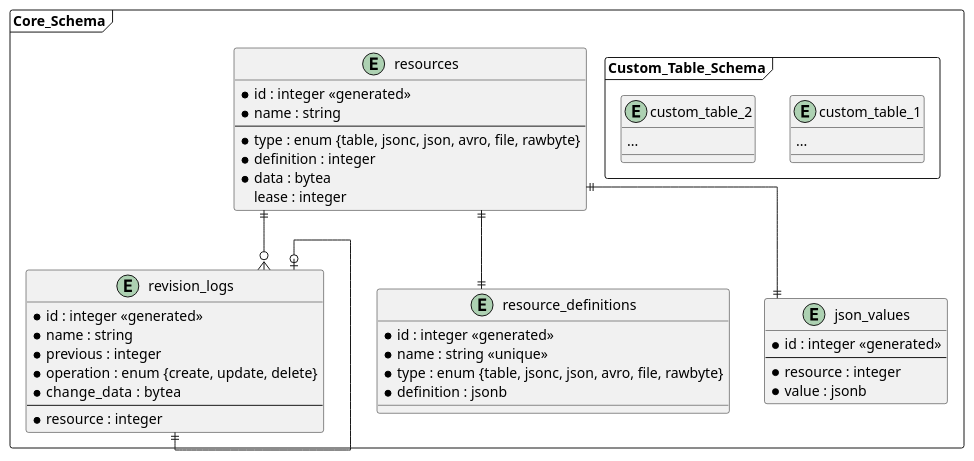
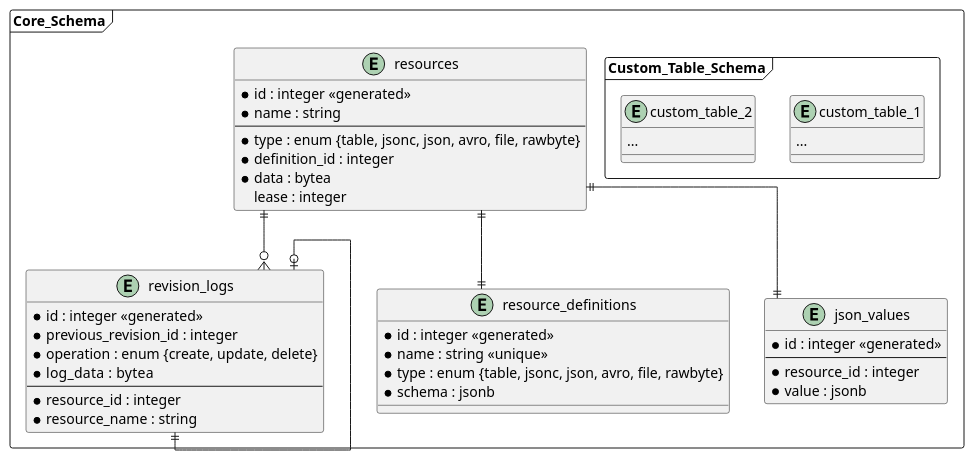
Before and after one commit to grafysi/horizpipes-design-documents: the diagram in buildSrc/snippets/puml/metadata-server/Core_Schema.puml, drawn with PlantUML.

Commit message:
Minor change to MDS schema

```diff
--- a/buildSrc/snippets/puml/metadata-server/Core_Schema.puml
+++ b/buildSrc/snippets/puml/metadata-server/Core_Schema.puml
@@ -1,66 +1,66 @@
 @startuml
 
 skinparam linetype ortho
 
 
 
 frame "Core_Schema" {
 
     entity "resources" as res {
         *id : integer <<generated>>
         *name : string
         --
         *type : enum {table, jsonc, json, avro, file, rawbyte}
-        *definition : integer
+        *definition_id : integer
         *data : bytea
         lease : integer
     }
 
     entity "revision_logs" as resrev {
         *id : integer <<generated>>
-        *name : string
-        *previous : integer
+        *previous_revision_id : integer
         *operation : enum {create, update, delete}
-        *change_data  : bytea
+        *log_data  : bytea
         --
-        *resource : integer
+        *resource_id : integer
+        *resource_name : string
     }
 
     /' supported value definition types are:
         - TableDefinition
         - JsoncDefinition
         - JsonDefinition
         - AvroDefinition
         - FileDefinition
         - RawByteDefinition '/
     entity "resource_definitions" as valdef {
         *id : integer <<generated>>
         *name : string <<unique>>
         *type : enum {table, jsonc, json, avro, file, rawbyte}
-        *definition : jsonb
+        *schema : jsonb
     }
 
     res ||--o{ resrev
     resrev |o--|| resrev
     res ||--|| valdef
 
     entity "json_values" as jsonval {
         *id : integer <<generated>>
         --
-        *resource : integer
+        *resource_id : integer
         *value : jsonb
     }
 
     res ||--|| jsonval
 
     frame "Custom_Table_Schema" {
         entity "custom_table_1" {
             ...
         }
 
         entity "custom_table_2" {
             ...
         }
     }
 }
 @enduml
```
